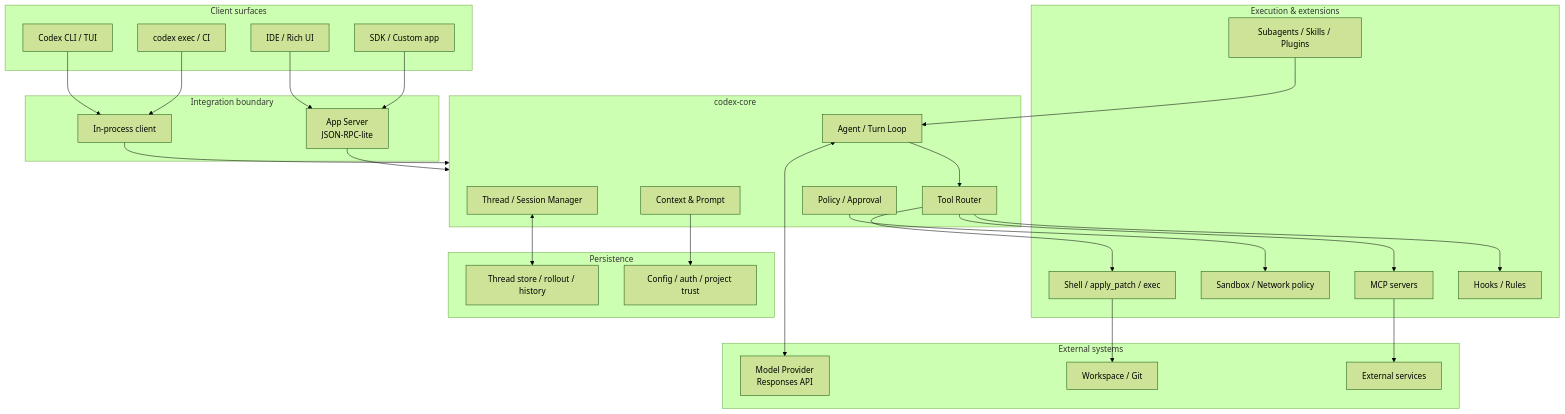
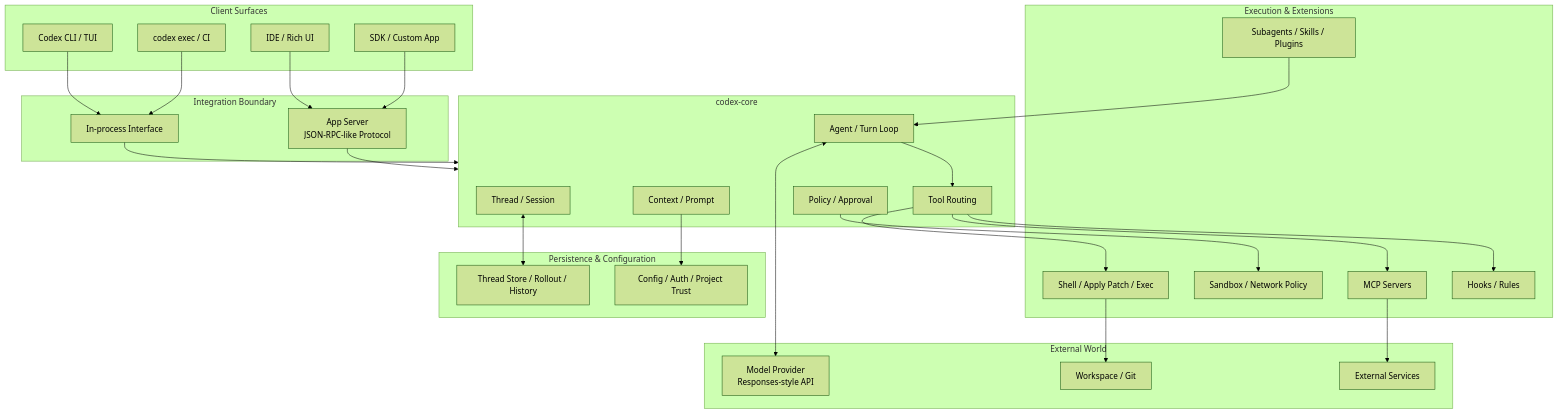
One commit to indigofeather/harness-book changed the third of 8 diagrams in docs/architecture/system-map.md. Above: the diagram before and after it, drawn with Mermaid (forest theme). The commit also changed other lines of this file, not shown here.

Commit message:
docs: add progressive system architecture diagrams

````diff
--- a/docs/architecture/system-map.md
+++ b/docs/architecture/system-map.md
@@ -9,59 +120,60 @@
 ```mermaid
 flowchart TB
-  subgraph Clients[Client surfaces]
+  subgraph Clients[Client Surfaces]
     TUI[Codex CLI / TUI]
     IDE[IDE / Rich UI]
     EXE[codex exec / CI]
-    SDK[SDK / Custom app]
+    SDK[SDK / Custom App]
   end
 
-  subgraph Interface[Integration boundary]
-    AS[App Server\nJSON-RPC-lite]
-    IPC[In-process client]
+  subgraph Interface[Integration Boundary]
+    AS[App Server\nJSON-RPC-like Protocol]
+    IPC[In-process Interface]
   end
 
   subgraph Core[codex-core]
-    TM[Thread / Session Manager]
-    CTX[Context & Prompt]
+    TM[Thread / Session]
+    CTX[Context / Prompt]
     LOOP[Agent / Turn Loop]
     POL[Policy / Approval]
-    TR[Tool Router]
+    TR[Tool Routing]
   end
 
-  subgraph Execution[Execution & extensions]
-    SH[Shell / apply_patch / exec]
-    SB[Sandbox / Network policy]
-    MCP[MCP servers]
+  subgraph Execution[Execution & Extensions]
+    SH[Shell / Apply Patch / Exec]
+    SB[Sandbox / Network Policy]
+    MCP[MCP Servers]
     HK[Hooks / Rules]
     SA[Subagents / Skills / Plugins]
   end
 
-  subgraph External[External systems]
-    MODEL[Model Provider\nResponses API]
+  subgraph External[External World]
+    MODEL[Model Provider\nResponses-style API]
     FS[Workspace / Git]
-    APPS[External services]
+    APPS[External Services]
   end
 
-  subgraph State[Persistence]
-    STORE[Thread store / rollout / history]
-    CFG[Config / auth / project trust]
+  subgraph State[Persistence & Configuration]
+    STORE[Thread Store / Rollout / History]
+    CFG[Config / Auth / Project Trust]
   end
 
   TUI --> IPC
   EXE --> IPC
   IDE --> AS
   SDK --> AS
   IPC --> Core
   AS --> Core
+
   LOOP <--> MODEL
   LOOP --> TR
   TR --> SH
   TR --> MCP
   TR --> HK
   POL --> SB
   SH --> FS
   MCP --> APPS
   SA --> LOOP
   TM <--> STORE
   CTX --> CFG
 ```
````
